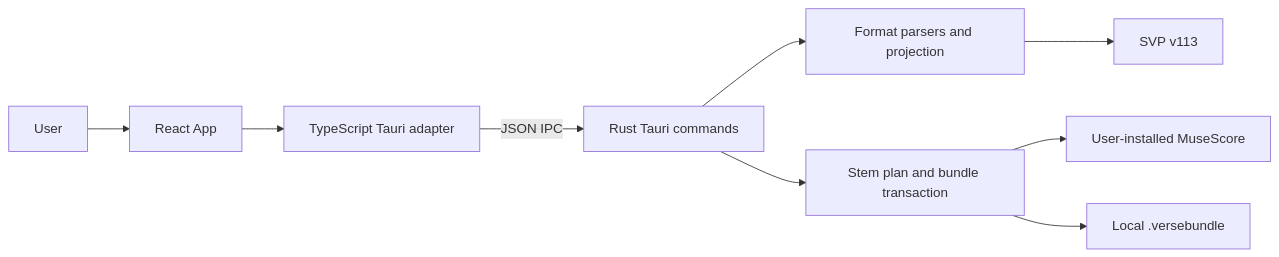
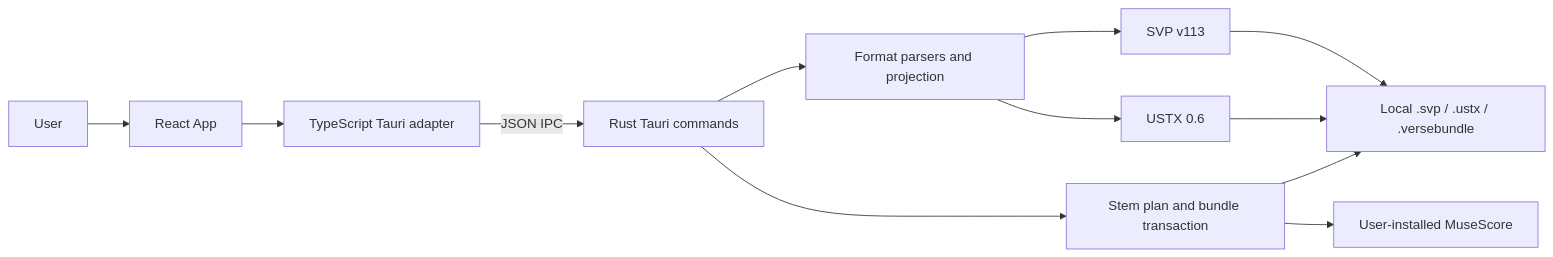
One commit to JoPadOfficiel/verse-convert-synth-v changed the diagram in docs/component-inventory.md. Above: the diagram before and after it, drawn with Mermaid. The commit also changed other lines of this file and 16 other files, not shown here.

````diff
--- a/docs/component-inventory.md
+++ b/docs/component-inventory.md
@@ -13,11 +13,14 @@
 ```mermaid
 flowchart LR
     USER["User"] --> APP["React App"]
     APP --> ADAPTER["TypeScript Tauri adapter"]
     ADAPTER -->|"JSON IPC"| COMMANDS["Rust Tauri commands"]
     COMMANDS --> ENGINE["Format parsers and projection"]
     COMMANDS --> BUNDLE["Stem plan and bundle transaction"]
     BUNDLE --> MUSESCORE["User-installed MuseScore"]
     ENGINE --> SVP["SVP v113"]
-    BUNDLE --> DISK["Local .versebundle"]
+    ENGINE --> USTX["USTX 0.6"]
+    SVP --> DISK["Local .svp / .ustx / .versebundle"]
+    USTX --> DISK
+    BUNDLE --> DISK
 ```
````
